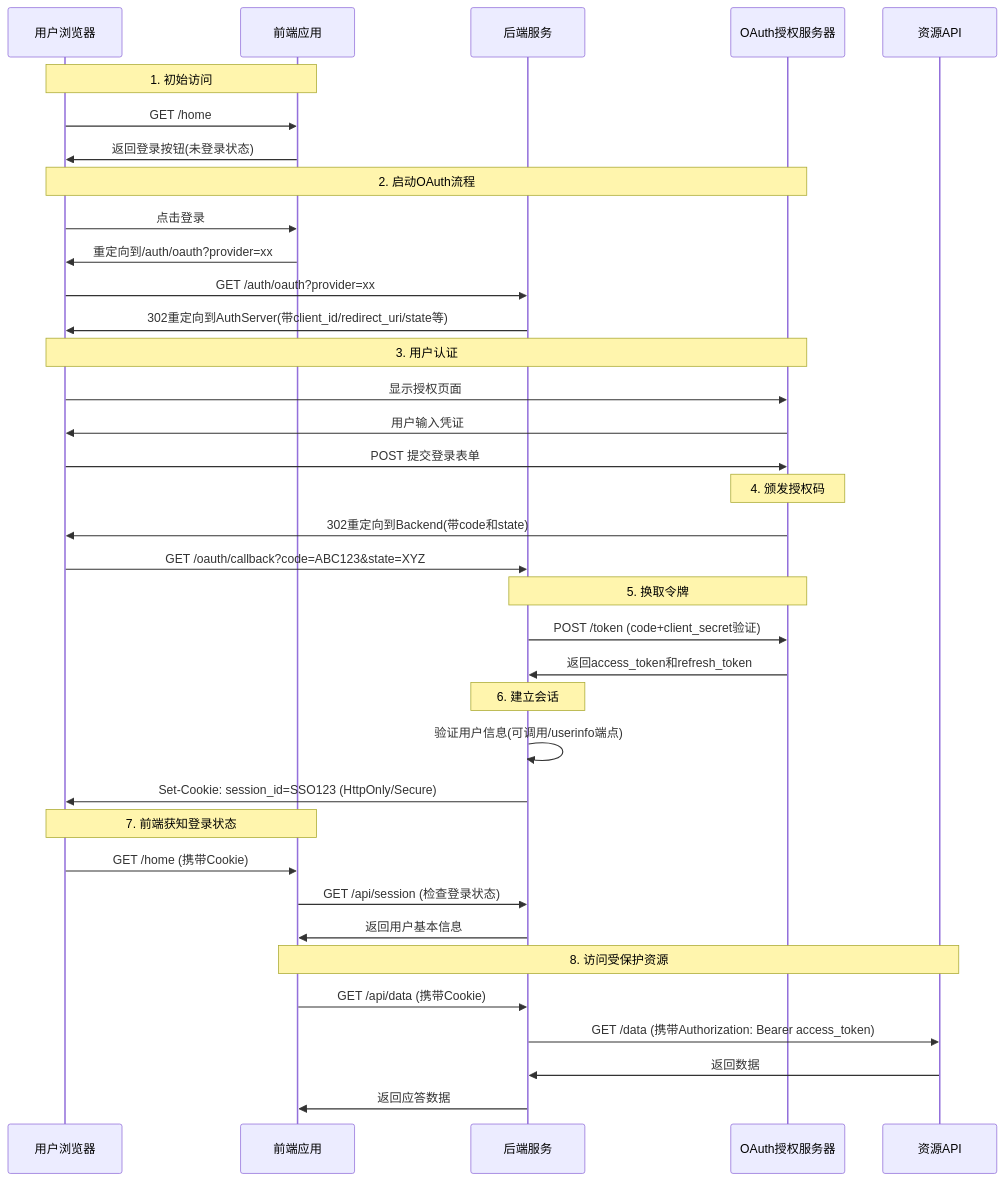
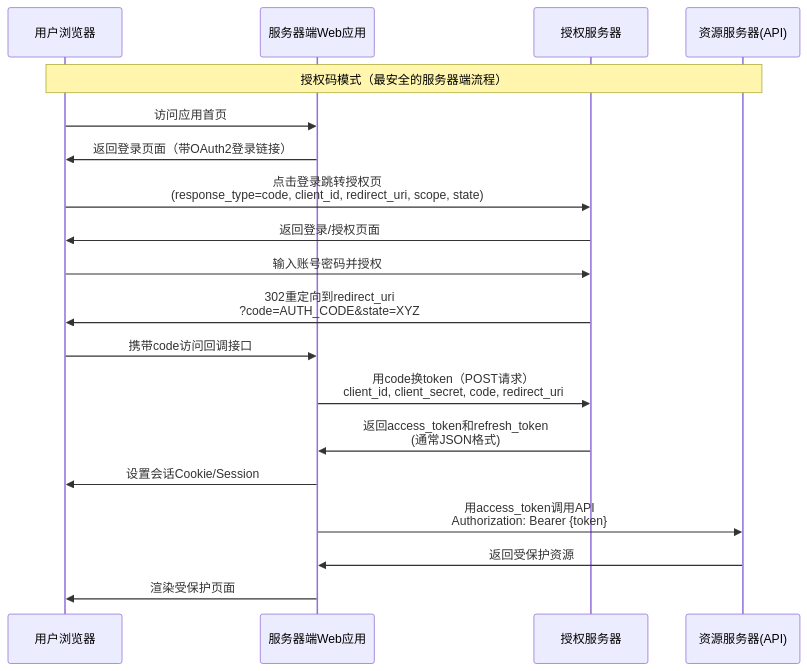
One commit to xunbu/auth changed the sixth of 9 diagrams in readme.md. Above: the diagram before and after it, drawn with Mermaid. The commit also changed other lines of this file, not shown here.

Commit message:
oAuth2完整授权流程分为SPA、后端web、服务间通信的部分，删除之前的分类

````diff
--- a/readme.md
+++ b/readme.md
@@ -302,46 +312,25 @@
 ```mermaid
 sequenceDiagram
-    participant Browser as 用户浏览器
-    participant Frontend as 前端应用
-    participant Backend as 后端服务
-    participant AuthServer as OAuth授权服务器
-    participant Resource as 资源API
+    participant User as 用户浏览器
+    participant WebApp as 服务器端Web应用
+    participant AuthServer as 授权服务器
+    participant API as 资源服务器(API)
 
-    Note over Browser,Frontend: 1. 初始访问
-    Browser->>Frontend: GET /home
-    Frontend->>Browser: 返回登录按钮(未登录状态)
+    Note over User,API: 授权码模式（最安全的服务器端流程）
+    User->>WebApp: 访问应用首页
+    WebApp->>User: 返回登录页面（带OAuth2登录链接）
 
-    Note over Browser,AuthServer: 2. 启动OAuth流程
-    Browser->>Frontend: 点击登录
-    Frontend->>Browser: 重定向到/auth/oauth?provider=xx
-    Browser->>Backend: GET /auth/oauth?provider=xx
-    Backend->>Browser: 302重定向到AuthServer(带client_id/redirect_uri/state等)
-    
-    Note over Browser,AuthServer: 3. 用户认证
-    Browser->>AuthServer: 显示授权页面
-    AuthServer->>Browser: 用户输入凭证
-    Browser->>AuthServer: POST 提交登录表单
-    
-    Note over AuthServer: 4. 颁发授权码
-    AuthServer->>Browser: 302重定向到Backend(带code和state)
-    Browser->>Backend: GET /oauth/callback?code=ABC123&state=XYZ
-    
-    Note over Backend,AuthServer: 5. 换取令牌
-    Backend->>AuthServer: POST /token (code+client_secret验证)
-    AuthServer->>Backend: 返回access_token和refresh_token
-    
-    Note over Backend: 6. 建立会话
-    Backend->>Backend: 验证用户信息(可调用/userinfo端点)
-    Backend->>Browser: Set-Cookie: session_id=SSO123 (HttpOnly/Secure)
-    
-    Note over Browser,Frontend: 7. 前端获知登录状态
-    Browser->>Frontend: GET /home (携带Cookie)
-    Frontend->>Backend: GET /api/session (检查登录状态)
-    Backend->>Frontend: 返回用户基本信息
-    
-    Note over Frontend,Resource: 8. 访问受保护资源
-    Frontend->>Backend: GET /api/data (携带Cookie)
-    Backend->>Resource: GET /data (携带Authorization: Bearer access_token)
-    Resource->>Backend: 返回数据
-    Backend->>Frontend: 返回应答数据
+    User->>AuthServer: 点击登录跳转授权页<br>(response_type=code, client_id, redirect_uri, scope, state)
+    AuthServer->>User: 返回登录/授权页面
+    User->>AuthServer: 输入账号密码并授权
+    AuthServer->>User: 302重定向到redirect_uri<br>?code=AUTH_CODE&state=XYZ
+
+    User->>WebApp: 携带code访问回调接口
+    WebApp->>AuthServer: 用code换token（POST请求）<br>client_id, client_secret, code, redirect_uri
+    AuthServer->>WebApp: 返回access_token和refresh_token<br>(通常JSON格式)
+
+    WebApp->>User: 设置会话Cookie/Session
+    WebApp->>API: 用access_token调用API<br>Authorization: Bearer {token}
+    API->>WebApp: 返回受保护资源
+    WebApp->>User: 渲染受保护页面
 ```
````
